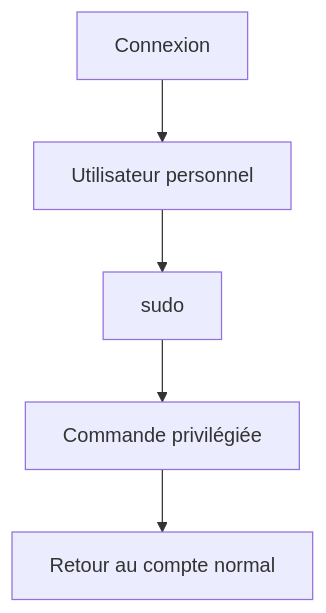
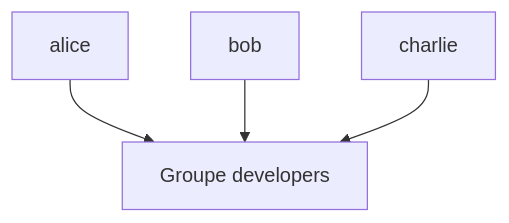
Before and after one commit to tdelaclos/formations: the second of 21 diagrams in campagne 1/1.7.md, drawn with Mermaid. The commit also changed other lines of this file, not shown here.

````diff
--- a/campagne 1/1.7.md
+++ b/campagne 1/1.7.md
@@ -93,18 +147,15 @@
 ```mermaid
 flowchart TD
 
-A["Connexion"]
+A["alice"]
 
-B["Utilisateur personnel"]
+B["bob"]
 
-C["sudo"]
+C["charlie"]
 
-D["Commande privilégiée"]
+D["Groupe developers"]
 
-E["Retour au compte normal"]
-
-A --> B
-B --> C
+A --> D
+B --> D
 C --> D
-D --> E
 ```
````
